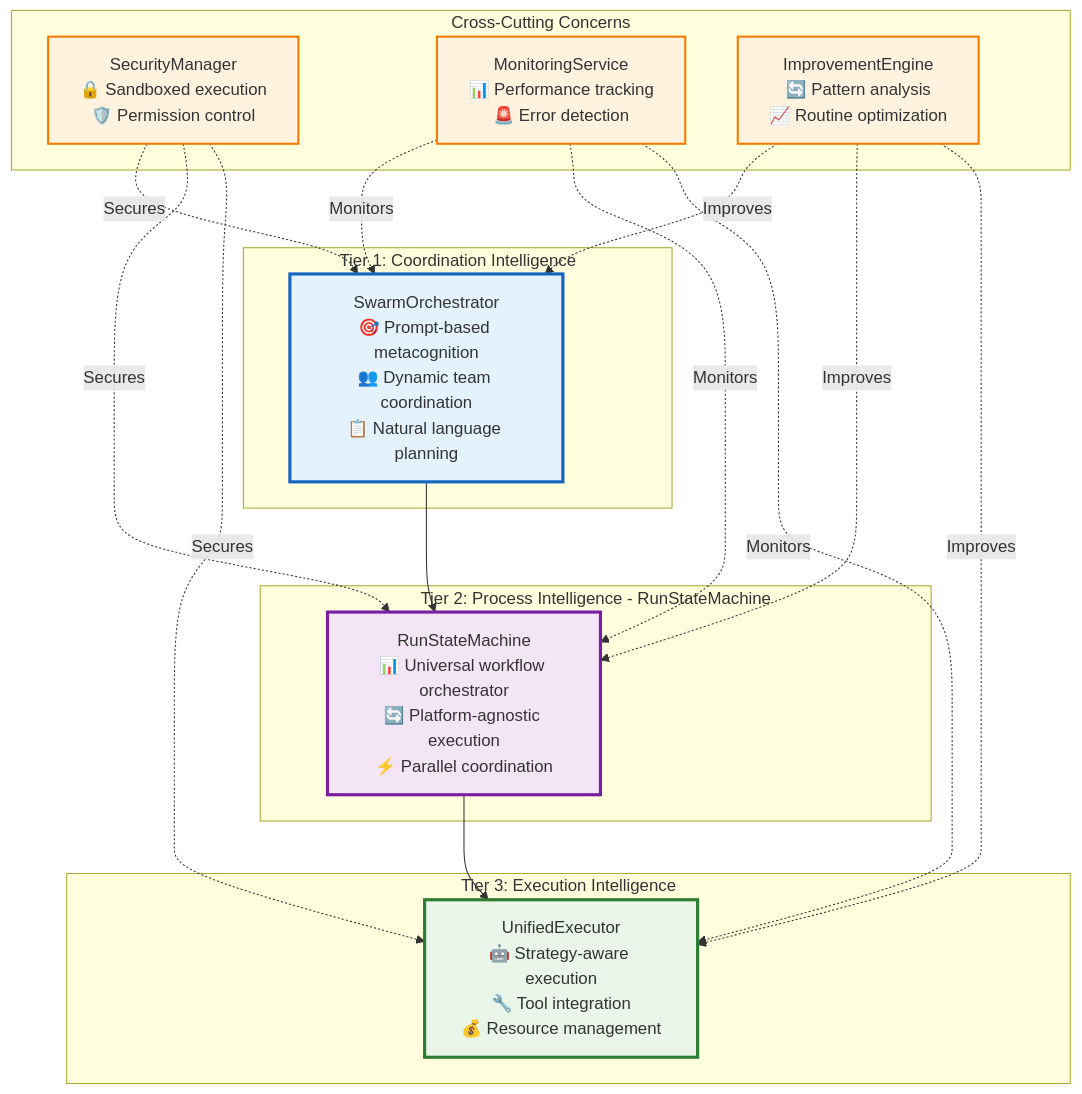
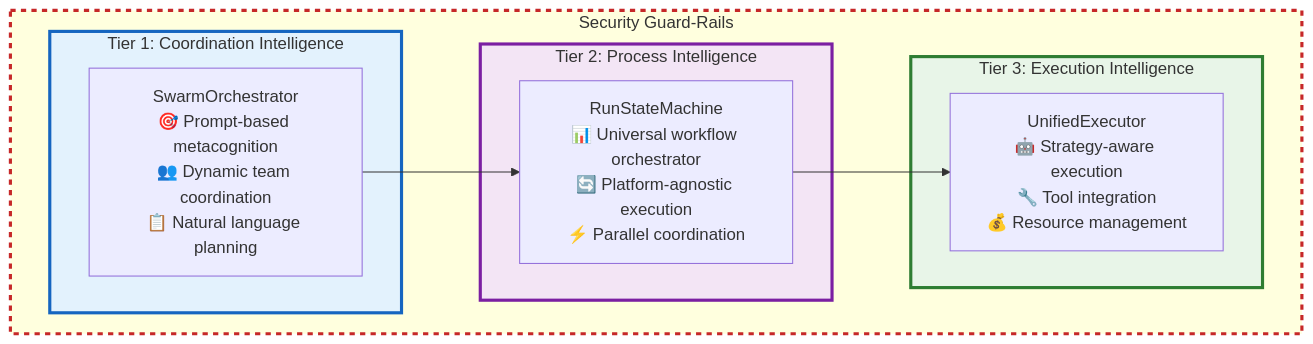
Before and after one commit to Vrooli/Vrooli: the tenth of 51 diagrams in docs/ai-execution-architecture.md, drawn with Mermaid. The commit also changed other lines of this file, not shown here.

Commit message:
Execution architecture p7

````diff
--- a/docs/ai-execution-architecture.md
+++ b/docs/ai-execution-architecture.md
@@ -366,45 +366,19 @@
 ```mermaid
 graph TD
-    subgraph "Tier 1: Coordination Intelligence"
-        T1[SwarmOrchestrator<br/>🎯 Prompt-based metacognition<br/>👥 Dynamic team coordination<br/>📋 Natural language planning]
+    subgraph SecurityBoundary ["Security Guard-Rails"]
+        subgraph Tier1 [Tier 1: Coordination Intelligence]
+            T1[SwarmOrchestrator<br/>🎯 Prompt-based metacognition<br/>👥 Dynamic team coordination<br/>📋 Natural language planning]
+        end
+        subgraph Tier2 [Tier 2: Process Intelligence]
+            T2[RunStateMachine<br/>📊 Universal workflow orchestrator<br/>🔄 Platform-agnostic execution<br/>⚡ Parallel coordination]
+        end
+        subgraph Tier3 [Tier 3: Execution Intelligence]
+            T3[UnifiedExecutor<br/>🤖 Strategy-aware execution<br/>🔧 Tool integration<br/>💰 Resource management]
+        end
+        T1 --> T2 --> T3
     end
-    
-    subgraph "Tier 2: Process Intelligence - RunStateMachine"  
-        T2[RunStateMachine<br/>📊 Universal workflow orchestrator<br/>🔄 Platform-agnostic execution<br/>⚡ Parallel coordination]
-    end
-    
-    subgraph "Tier 3: Execution Intelligence"
-        T3[UnifiedExecutor<br/>🤖 Strategy-aware execution<br/>🔧 Tool integration<br/>💰 Resource management]
-    end
-    
-    subgraph "Cross-Cutting Concerns"
-        CC1[SecurityManager<br/>🔒 Sandboxed execution<br/>🛡️ Permission control]
-        CC2[MonitoringService<br/>📊 Performance tracking<br/>🚨 Error detection]
-        CC3[ImprovementEngine<br/>🔄 Pattern analysis<br/>📈 Routine optimization]
-    end
-    
-    T1 --> T2
-    T2 --> T3
-    
-    CC1 -.->|"Secures"| T1
-    CC1 -.->|"Secures"| T2  
-    CC1 -.->|"Secures"| T3
-    
-    CC2 -.->|"Monitors"| T1
-    CC2 -.->|"Monitors"| T2
-    CC2 -.->|"Monitors"| T3
-    
-    CC3 -.->|"Improves"| T1
-    CC3 -.->|"Improves"| T2
-    CC3 -.->|"Improves"| T3
-    
-    classDef tier1 fill:#e3f2fd,stroke:#1565c0,stroke-width:3px
-    classDef tier2 fill:#f3e5f5,stroke:#7b1fa2,stroke-width:3px
-    classDef tier3 fill:#e8f5e8,stroke:#2e7d32,stroke-width:3px
-    classDef crosscut fill:#fff3e0,stroke:#f57c00,stroke-width:2px
-    
-    class T1 tier1
-    class T2 tier2
-    class T3 tier3
-    class CC1,CC2,CC3 crosscut
+    style SecurityBoundary stroke:#c62828,stroke-width:3px,stroke-dasharray:5 5
+    style Tier1 fill:#e3f2fd,stroke:#1565c0,stroke-width:3px
+    style Tier2 fill:#f3e5f5,stroke:#7b1fa2,stroke-width:3px
+    style Tier3 fill:#e8f5e8,stroke:#2e7d32,stroke-width:3px
 ```
````
